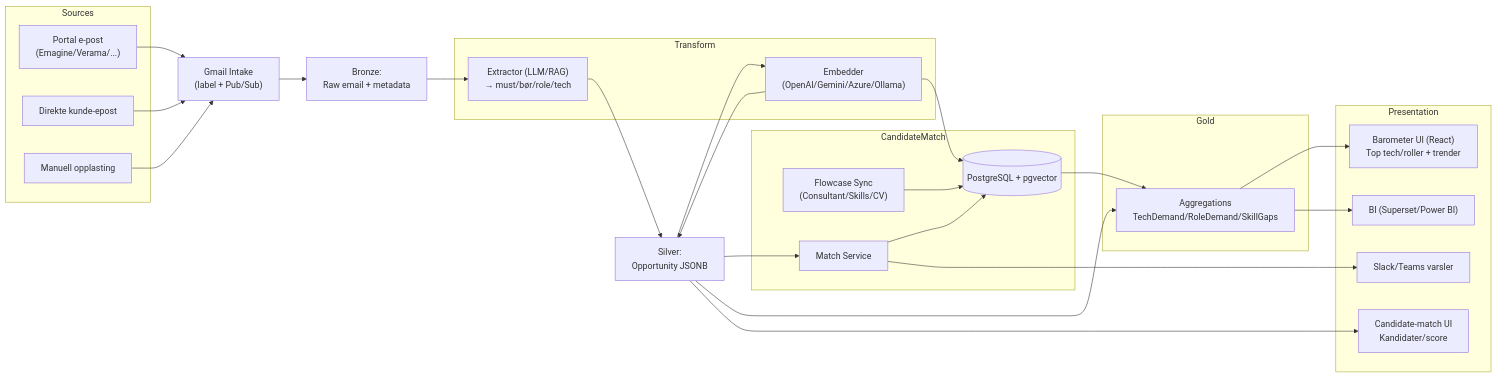
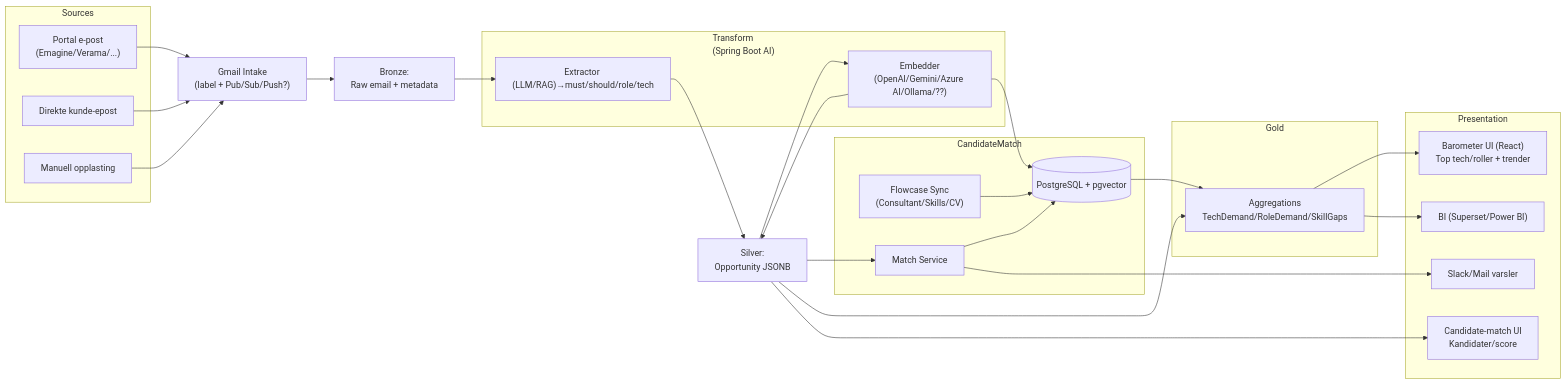
Before and after one commit to thomasandersen77/cloudberries-candidate-match-web: the second of 2 diagrams in technolgibarometer/arch_suggest.md, drawn with Mermaid. The commit also changed other lines of this file and 1 other file, not shown here.

Commit message:
docs: enhance architecture documentation for teknologibarometer app with clearer integration details and flowcharts

````diff
--- a/technolgibarometer/arch_suggest.md
+++ b/technolgibarometer/arch_suggest.md
@@ -111,49 +118,49 @@
 ```mermaid
 flowchart LR
-  subgraph Sources
-    P1["Portal e-post\n(Emagine/Verama/...)"]
-    P2["Direkte kunde-epost"]
-    P3["Manuell opplasting"]
-  end
-
-  P1 & P2 & P3 --> GI["Gmail Intake\n(label + Pub/Sub)"]
-  GI --> BZ["Bronze:\nRaw email + metadata"]
-
-  subgraph Transform
-    EX["Extractor (LLM/RAG)\n→ must/bør/role/tech"]
-    EM["Embedder\n(OpenAI/Gemini/Azure/Ollama)"]
-  end
-
-  BZ --> EX --> SV["Silver:\nOpportunity JSONB"]
-  SV --> EM --> SV
-
-  subgraph CandidateMatch
-    FC["Flowcase Sync\n(Consultant/Skills/CV)"]
-    PG[(PostgreSQL + pgvector)]
-    MT["Match Service"]
-  end
-
-  SV --> MT
-  FC --> PG
-  MT --> PG
-  EM --> PG
-
-  subgraph Gold
-    AGG["Aggregations\nTechDemand/RoleDemand/SkillGaps"]
-  end
-
-  SV --> AGG
-  PG --> AGG
-
-  subgraph Presentation
-    UI["Barometer UI (React)\nTop tech/roller + trender"]
-    CMUI["Candidate-match UI\nKandidater/score"]
-    BI["BI (Superset/Power BI)"]
-    SL["Slack/Teams varsler"]
-  end
-
-  AGG --> UI & BI
-  SV --> CMUI
-  MT --> SL
+subgraph Sources["Sources"]
+P1["Portal e-post
+        (Emagine/Verama/...)"]
+P2["Direkte kunde-epost"]
+P3["Manuell opplasting"]
+end
+subgraph Transform["Transform
+(Spring Boot AI)"]
+EX["Extractor (LLM/RAG)→must/should/role/tech"]
+EM["Embedder
+(OpenAI/Gemini/Azure AI/Ollama/??)"]
+end
+subgraph CandidateMatch["CandidateMatch"]
+FC["Flowcase Sync
+(Consultant/Skills/CV)"]
+PG[("PostgreSQL + pgvector")]
+MT["Match Service"]
+end
+subgraph Gold["Gold"]
+AGG["Aggregations
+TechDemand/RoleDemand/SkillGaps"]
+end
+subgraph Presentation["Presentation"]
+UI["Barometer UI (React)
+Top tech/roller + trender"]
+CMUI["Candidate-match UI
+Kandidater/score"]
+BI["BI (Superset/Power BI)"]
+SL["Slack/Mail varsler"]
+end
+P1 --> GI["Gmail Intake
+(label + Pub/Sub/Push?)"]
+P2 --> GI
+P3 --> GI
+GI --> BZ["Bronze:
+Raw email + metadata"]
+BZ --> EX
+EX --> SV["Silver:
+Opportunity JSONB"]
+SV --> EM & MT & AGG & CMUI
+EM --> SV & PG
+FC --> PG
+MT --> PG & SL
+PG --> AGG
+AGG --> UI & BI
 
 ```
````
